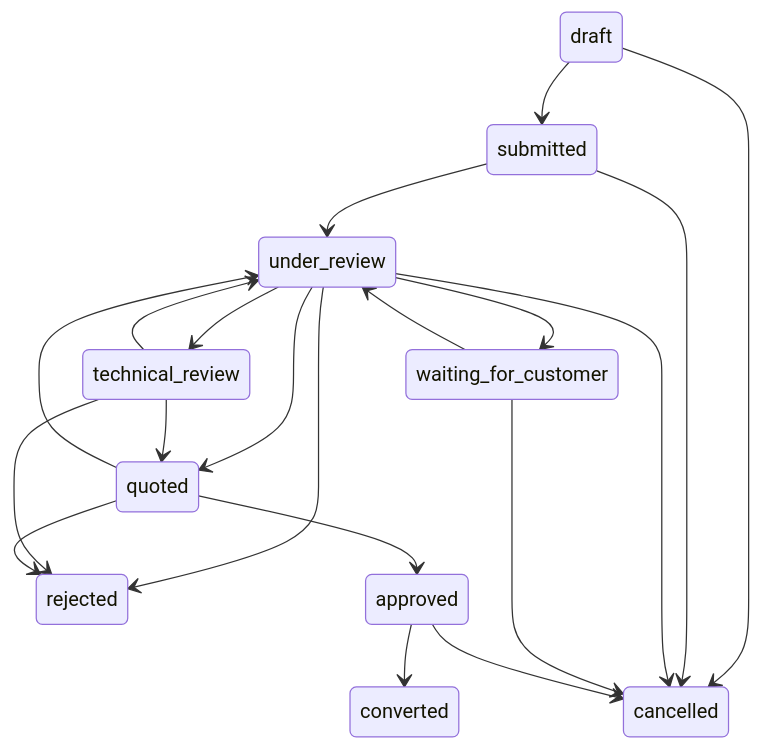
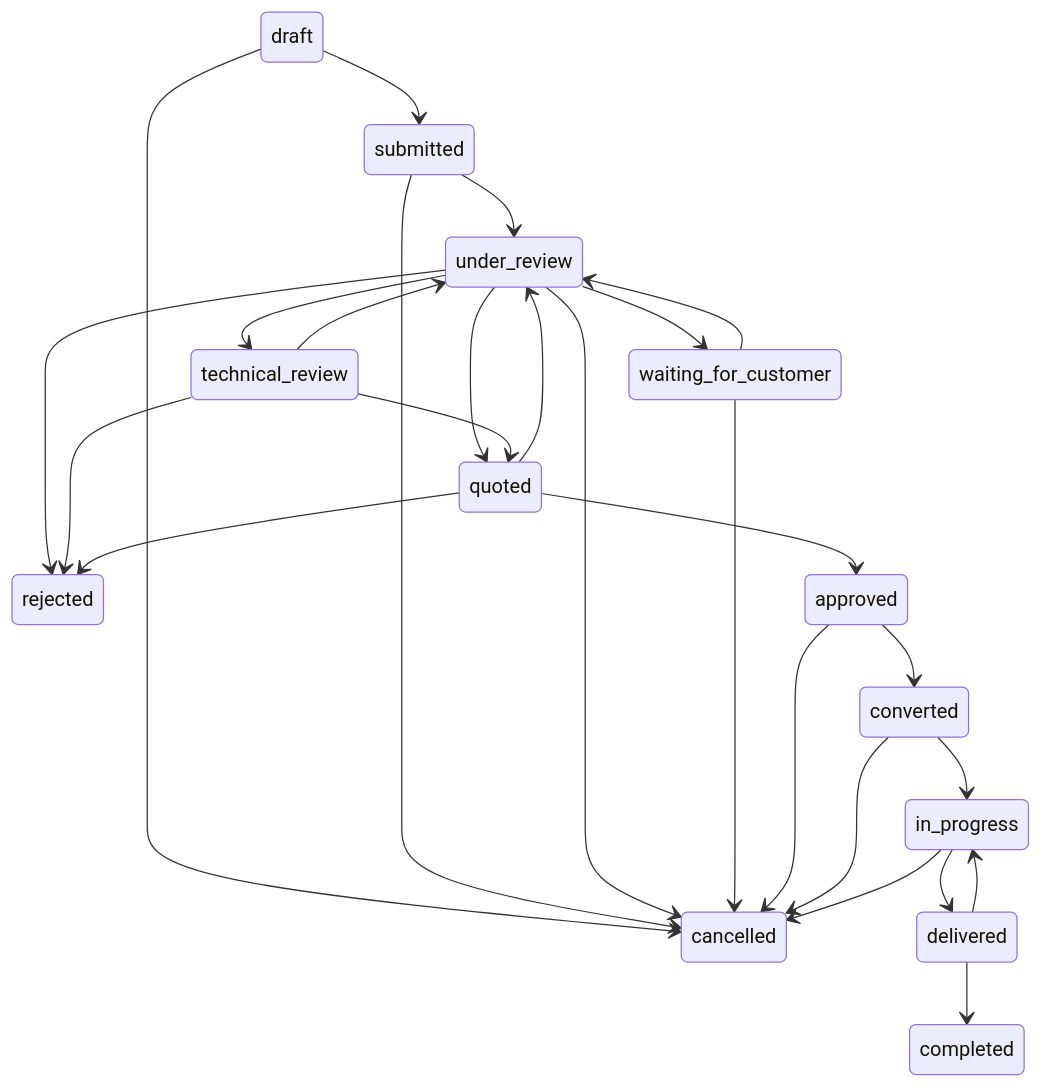
One commit to jerrywap/innovatrix changed the fifth of 8 diagrams in src/lib/db/STATES.md. Above: the diagram before and after it, drawn with Mermaid. The commit also changed other lines of this file and 54 other files, not shown here.

````diff
--- a/src/lib/db/STATES.md
+++ b/src/lib/db/STATES.md
@@ -104,22 +121,28 @@
 ```mermaid
 stateDiagram-v2
     draft --> submitted
     draft --> cancelled
     submitted --> under_review
     submitted --> cancelled
     under_review --> waiting_for_customer
     under_review --> technical_review
     under_review --> quoted
     under_review --> rejected
     under_review --> cancelled
     waiting_for_customer --> under_review
     waiting_for_customer --> cancelled
     technical_review --> under_review
     technical_review --> quoted
     technical_review --> rejected
     quoted --> approved
     quoted --> rejected
     quoted --> under_review
     approved --> converted
     approved --> cancelled
+    converted --> in_progress
+    converted --> cancelled
+    in_progress --> delivered
+    in_progress --> cancelled
+    delivered --> completed
+    delivered --> in_progress
 ```
````
